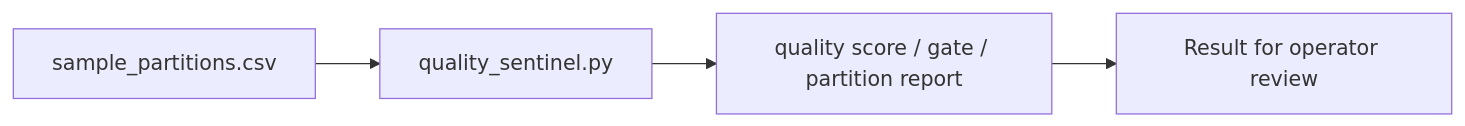
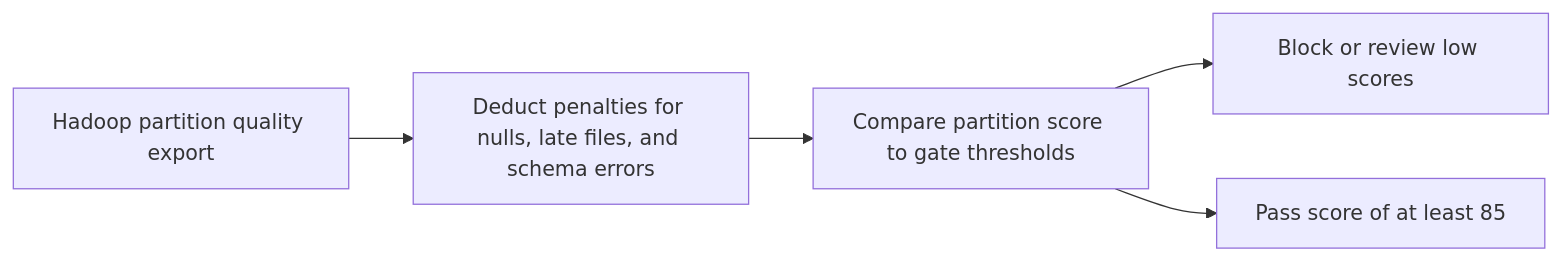
The diagram in docs/ARCHITECTURE.md (Klokesh493/hadoop-data-quality-sentinel), drawn with Mermaid before and after one commit. The commit also changed 1 other file, not shown here.

Commit message:
Show the project decision flow in its README

````diff
--- a/docs/ARCHITECTURE.md
+++ b/docs/ARCHITECTURE.md
@@ -5,8 +5,11 @@
 ```mermaid
 flowchart LR
-    N0["sample_partitions.csv"]
-    N1["quality_sentinel.py"]
-    N2["quality score / gate / partition report"]
-    N3["Result for operator review"]
-    N0 --> N1 --> N2 --> N3
+    A["Hadoop partition quality export"]
+    B["Deduct penalties for nulls, late files, and schema errors"]
+    C["Compare partition score to gate thresholds"]
+    D["Block or review low scores"]
+    E["Pass score of at least 85"]
+    A --> B --> C
+    C --> D
+    C --> E
 ```
````
